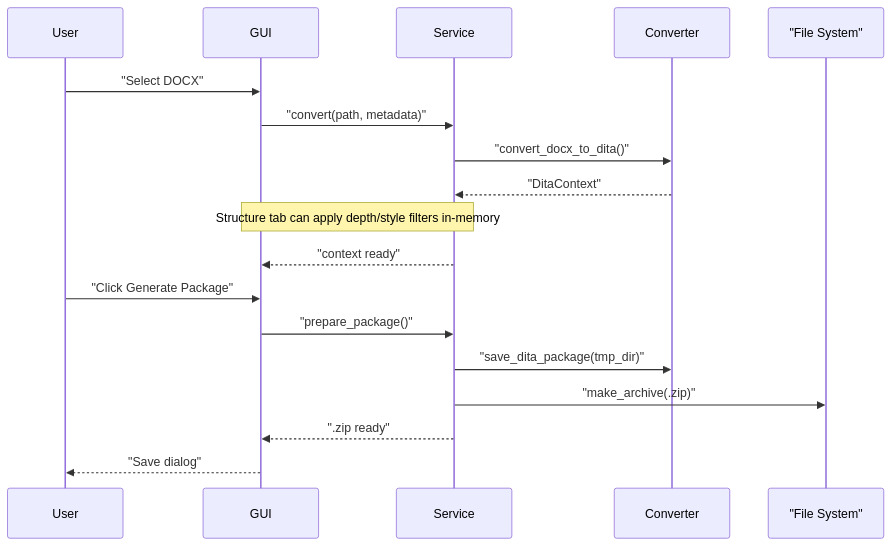
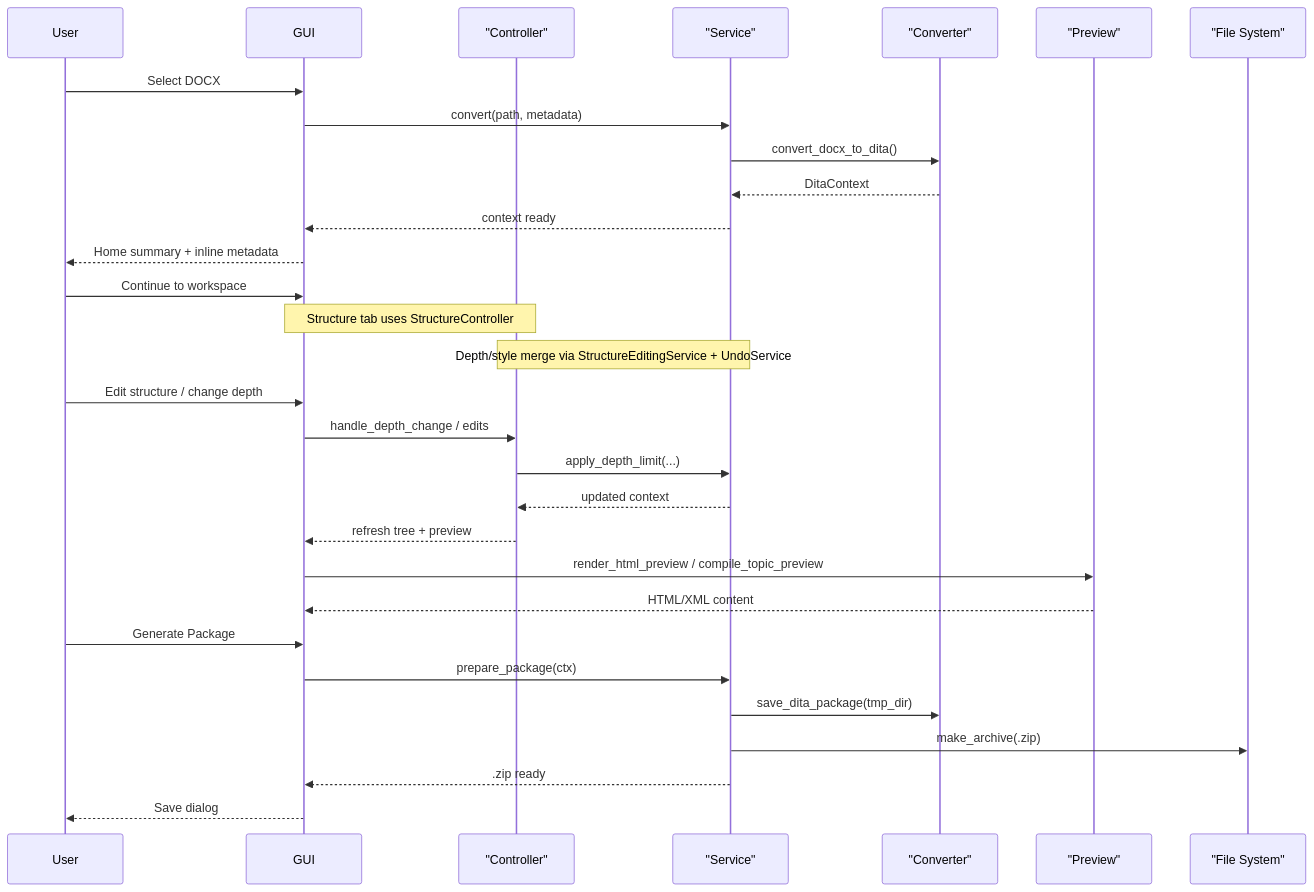
The diagram in docs/runtime_flow.md (Orsso/orlando-toolkit), drawn with Mermaid before and after one commit. The commit also changed 5 other files, not shown here.

````diff
--- a/docs/runtime_flow.md
+++ b/docs/runtime_flow.md
@@ -3,21 +3,33 @@
 ```mermaid
 sequenceDiagram
     participant User
     participant GUI
-    participant Service
-    participant Converter
+    participant Ctrl as "Controller"
+    participant Svc as "Service"
+    participant Conv as "Converter"
+    participant Prev as "Preview"
     participant FS as "File System"
 
-    User->>GUI: "Select DOCX"
-    GUI->>Service: "convert(path, metadata)"
-    Service->>Converter: "convert_docx_to_dita()"
-    Converter-->>Service: "DitaContext"
-    Note over GUI,Service: Structure tab can apply depth/style filters in-memory
-    Service-->>GUI: "context ready"
-    User->>GUI: "Click Generate Package"
-    GUI->>Service: "prepare_package()"
-    Service->>Converter: "save_dita_package(tmp_dir)"
-    Service->>FS: "make_archive(.zip)"
-    Service-->>GUI: ".zip ready"
-    GUI-->>User: "Save dialog"
+    User->>GUI: Select DOCX
+    GUI->>Svc: convert(path, metadata)
+    Svc->>Conv: convert_docx_to_dita()
+    Conv-->>Svc: DitaContext
+    Svc-->>GUI: context ready
+    GUI-->>User: Home summary + inline metadata
+    User->>GUI: Continue to workspace
+    Note over GUI,Ctrl: Structure tab uses StructureController
+    Note over Ctrl,Svc: Depth/style merge via StructureEditingService + UndoService
+    User->>GUI: Edit structure / change depth
+    GUI->>Ctrl: handle_depth_change / edits
+    Ctrl->>Svc: apply_depth_limit(...)
+    Svc-->>Ctrl: updated context
+    Ctrl-->>GUI: refresh tree + preview
+    GUI->>Prev: render_html_preview / compile_topic_preview
+    Prev-->>GUI: HTML/XML content
+    User->>GUI: Generate Package
+    GUI->>Svc: prepare_package(ctx)
+    Svc->>Conv: save_dita_package(tmp_dir)
+    Svc->>FS: make_archive(.zip)
+    Svc-->>GUI: .zip ready
+    GUI-->>User: Save dialog
 ```
````
